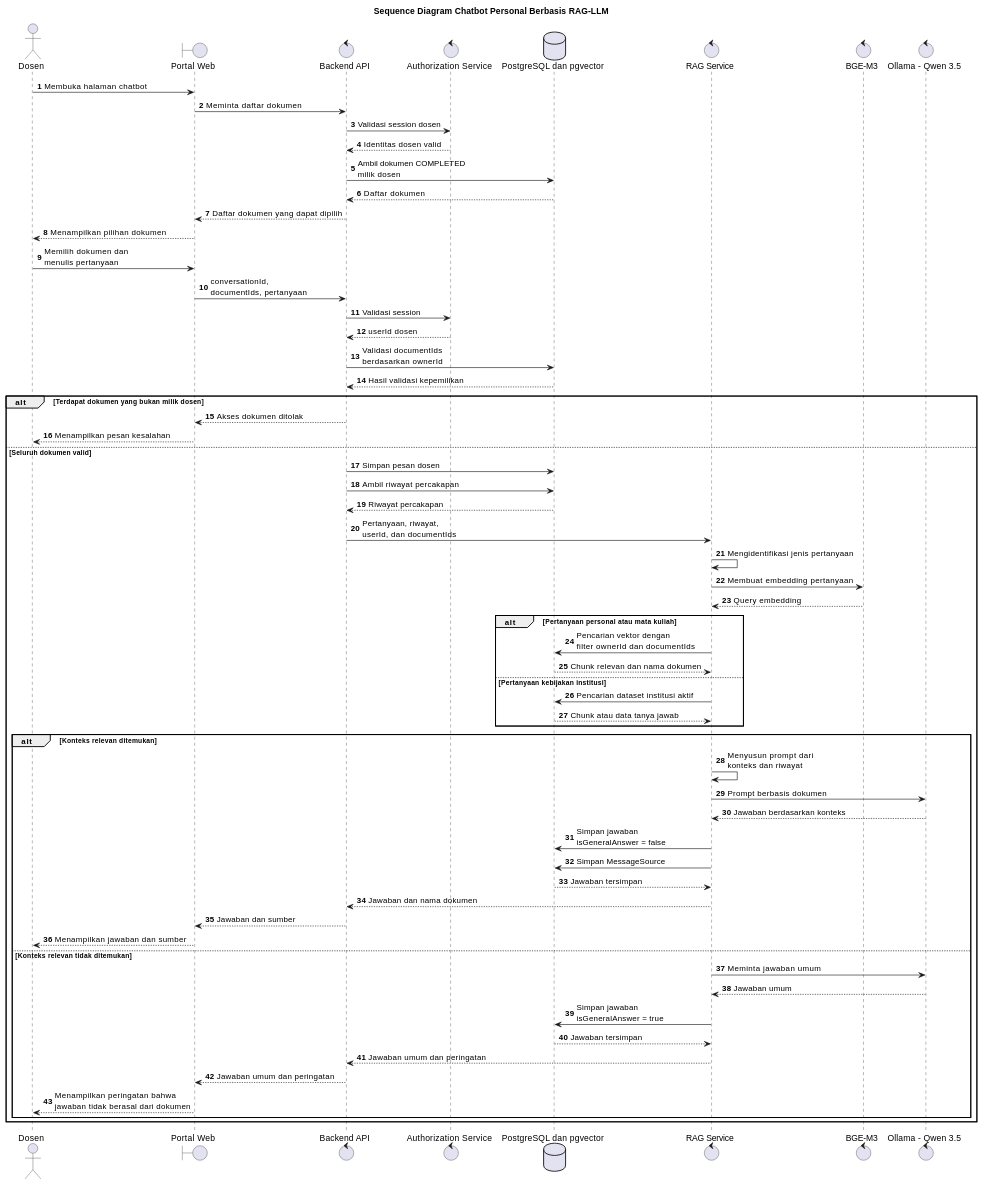
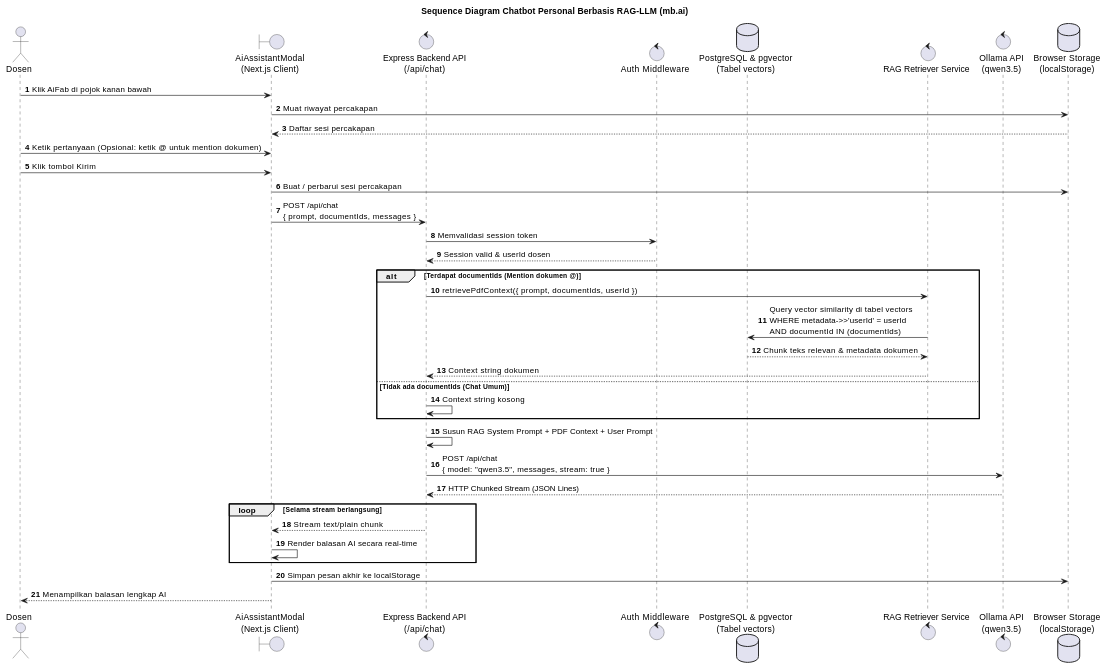
Before and after one commit to Badru9/chatbot: the diagram in uml/chatbot_sequence.md, drawn with PlantUML. The commit also changed other lines of this file and 15 other files, not shown here.

Commit message:
docs: update UML diagrams and feature documentation to align with current architecture

````diff
--- a/uml/chatbot_sequence.md
+++ b/uml/chatbot_sequence.md
@@ -5,87 +5,56 @@
 ```plantuml
 @startuml
-title Sequence Diagram Chatbot Personal Berbasis RAG-LLM
+title Sequence Diagram Chatbot Personal Berbasis RAG-LLM (mb.ai)
 
 autonumber
 skinparam shadowing false
 
 actor Dosen
-boundary "Portal Web" as Web
-control "Backend API" as API
-control "Authorization Service" as Auth
-database "PostgreSQL dan pgvector" as DB
-control "RAG Service" as RAG
-control "BGE-M3" as Embedding
-control "Ollama - Qwen 3.5" as LLM
+boundary "AiAssistantModal\n(Next.js Client)" as UI
+control "Express Backend API\n(/api/chat)" as API
+control "Auth Middleware" as Auth
+database "PostgreSQL & pgvector\n(Tabel vectors)" as DB
+control "RAG Retriever Service" as Retriever
+control "Ollama API\n(qwen3.5)" as LLM
+database "Browser Storage\n(localStorage)" as LocalStorage
 
-Dosen -> Web : Membuka halaman chatbot
-Web -> API : Meminta daftar dokumen
-API -> Auth : Validasi session dosen
-Auth --> API : Identitas dosen valid
-API -> DB : Ambil dokumen COMPLETED\nmilik dosen
-DB --> API : Daftar dokumen
-API --> Web : Daftar dokumen yang dapat dipilih
-Web --> Dosen : Menampilkan pilihan dokumen
+Dosen -> UI : Klik AiFab di pojok kanan bawah
+UI -> LocalStorage : Muat riwayat percakapan
+LocalStorage --> UI : Daftar sesi percakapan
 
-Dosen -> Web : Memilih dokumen dan\nmenulis pertanyaan
-Web -> API : conversationId,\ndocumentIds, pertanyaan
-API -> Auth : Validasi session
-Auth --> API : userId dosen
+Dosen -> UI : Ketik pertanyaan (Opsional: ketik @ untuk mention dokumen)
+Dosen -> UI : Klik tombol Kirim
+UI -> LocalStorage : Buat / perbarui sesi percakapan
 
-API -> DB : Validasi documentIds\nberdasarkan ownerId
-DB --> API : Hasil validasi kepemilikan
+UI -> API : POST /api/chat\n{ prompt, documentIds, messages }
+API -> Auth : Memvalidasi session token
+Auth --> API : Session valid & userId dosen
 
-alt Terdapat dokumen yang bukan milik dosen
+alt Terdapat documentIds (Mention dokumen @)
 
-    API --> Web : Akses dokumen ditolak
-    Web --> Dosen : Menampilkan pesan kesalahan
+    API -> Retriever : retrievePdfContext({ prompt, documentIds, userId })
+    Retriever -> DB : Query vector similarity di tabel vectors\nWHERE metadata->>'userId' = userId\nAND documentId IN (documentIds)
+    DB --> Retriever : Chunk teks relevan & metadata dokumen
+    Retriever --> API : Context string dokumen
 
-else Seluruh dokumen valid
+else Tidak ada documentIds (Chat Umum)
 
-    API -> DB : Simpan pesan dosen
-    API -> DB : Ambil riwayat percakapan
-    DB --> API : Riwayat percakapan
-    API -> RAG : Pertanyaan, riwayat,\nuserId, dan documentIds
-
-    RAG -> RAG : Mengidentifikasi jenis pertanyaan
-    RAG -> Embedding : Membuat embedding pertanyaan
-    Embedding --> RAG : Query embedding
-
-    alt Pertanyaan personal atau mata kuliah
-
-        RAG -> DB : Pencarian vektor dengan\nfilter ownerId dan documentIds
-        DB --> RAG : Chunk relevan dan nama dokumen
-
-    else Pertanyaan kebijakan institusi
-
-        RAG -> DB : Pencarian dataset institusi aktif
-        DB --> RAG : Chunk atau data tanya jawab
-    end
-
-    alt Konteks relevan ditemukan
-
-        RAG -> RAG : Menyusun prompt dari\nkonteks dan riwayat
-        RAG -> LLM : Prompt berbasis dokumen
-        LLM --> RAG : Jawaban berdasarkan konteks
-        RAG -> DB : Simpan jawaban\nisGeneralAnswer = false
-        RAG -> DB : Simpan MessageSource
-        DB --> RAG : Jawaban tersimpan
-        RAG --> API : Jawaban dan nama dokumen
-        API --> Web : Jawaban dan sumber
-        Web --> Dosen : Menampilkan jawaban dan sumber
-
-    else Konteks relevan tidak ditemukan
-
-        RAG -> LLM : Meminta jawaban umum
-        LLM --> RAG : Jawaban umum
-        RAG -> DB : Simpan jawaban\nisGeneralAnswer = true
-        DB --> RAG : Jawaban tersimpan
-        RAG --> API : Jawaban umum dan peringatan
-        API --> Web : Jawaban umum dan peringatan
-        Web --> Dosen : Menampilkan peringatan bahwa\njawaban tidak berasal dari dokumen
-    end
+    API -> API : Context string kosong
 
 end
 
+API -> API : Susun RAG System Prompt + PDF Context + User Prompt
+API -> LLM : POST /api/chat\n{ model: "qwen3.5", messages, stream: true }
+
+LLM --> API : HTTP Chunked Stream (JSON Lines)
+
+loop Selama stream berlangsung
+    API --> UI : Stream text/plain chunk
+    UI -> UI : Render balasan AI secara real-time
+end
+
+UI -> LocalStorage : Simpan pesan akhir ke localStorage
+UI --> Dosen : Menampilkan balasan lengkap AI
+
 @enduml
 ```
````
